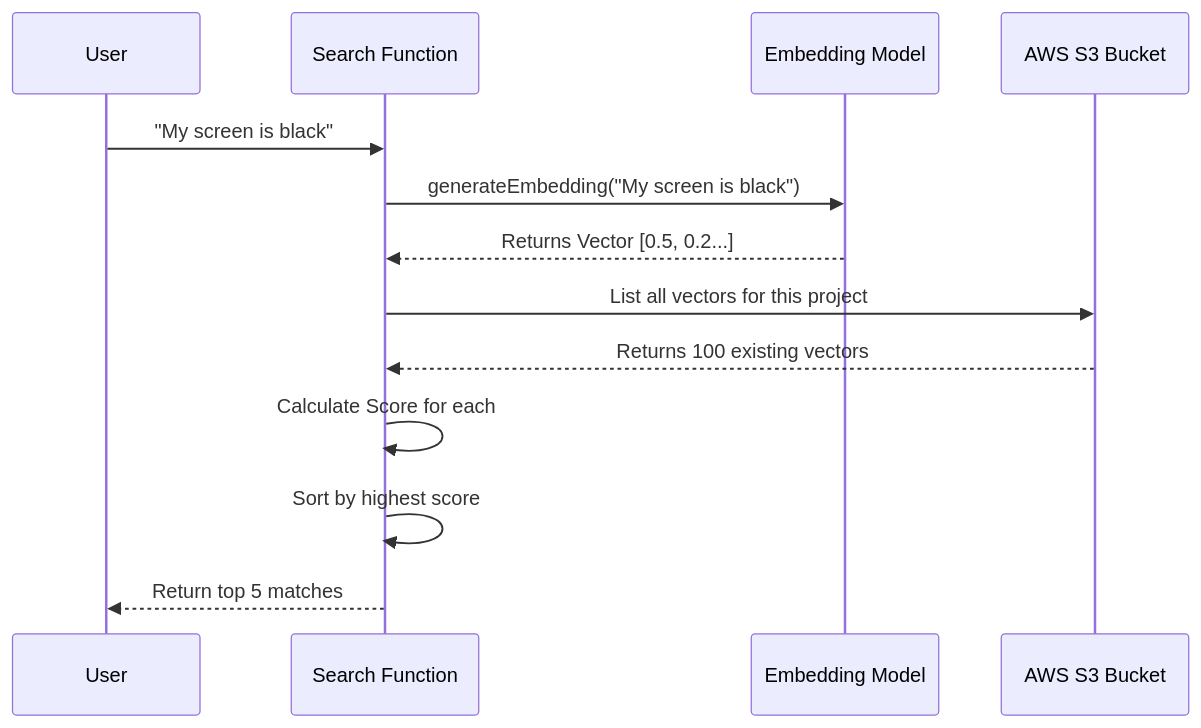
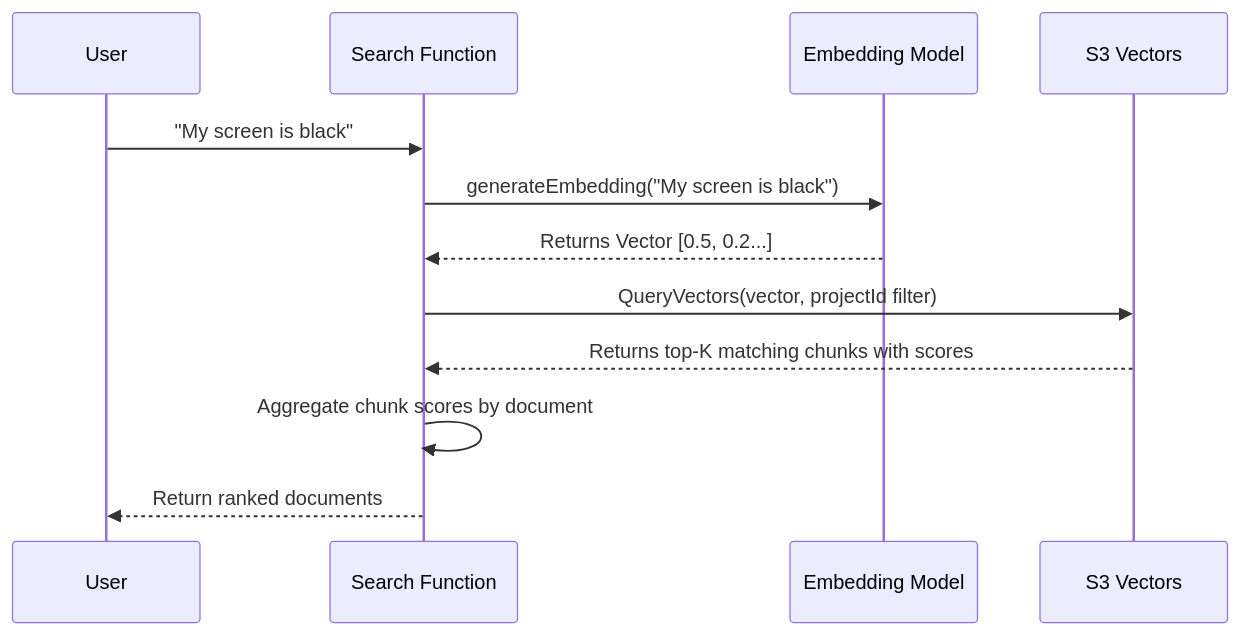
Before and after one commit to ai-1st/memory-mcp: the diagram in intro/04_vector_search_system_.md, drawn with Mermaid. The commit also changed other lines of this file and 7 other files, not shown here.

````diff
--- a/intro/04_vector_search_system_.md
+++ b/intro/04_vector_search_system_.md
@@ -108,19 +108,17 @@
 ```mermaid
 sequenceDiagram
     participant User
     participant S as Search Function
     participant AI as Embedding Model
-    participant S3 as AWS S3 Bucket
+    participant S3V as S3 Vectors
 
     User->>S: "My screen is black"
     S->>AI: generateEmbedding("My screen is black")
     AI-->>S: Returns Vector [0.5, 0.2...]
     
-    S->>S3: List all vectors for this project
-    S3-->>S: Returns 100 existing vectors
+    S->>S3V: QueryVectors(vector, projectId filter)
+    S3V-->>S: Returns top-K matching chunks with scores
     
-    S->>S: Calculate Score for each
-    S->>S: Sort by highest score
-    
-    S-->>User: Return top 5 matches
+    S->>S: Aggregate chunk scores by document
+    S-->>User: Return ranked documents
 ```
````
